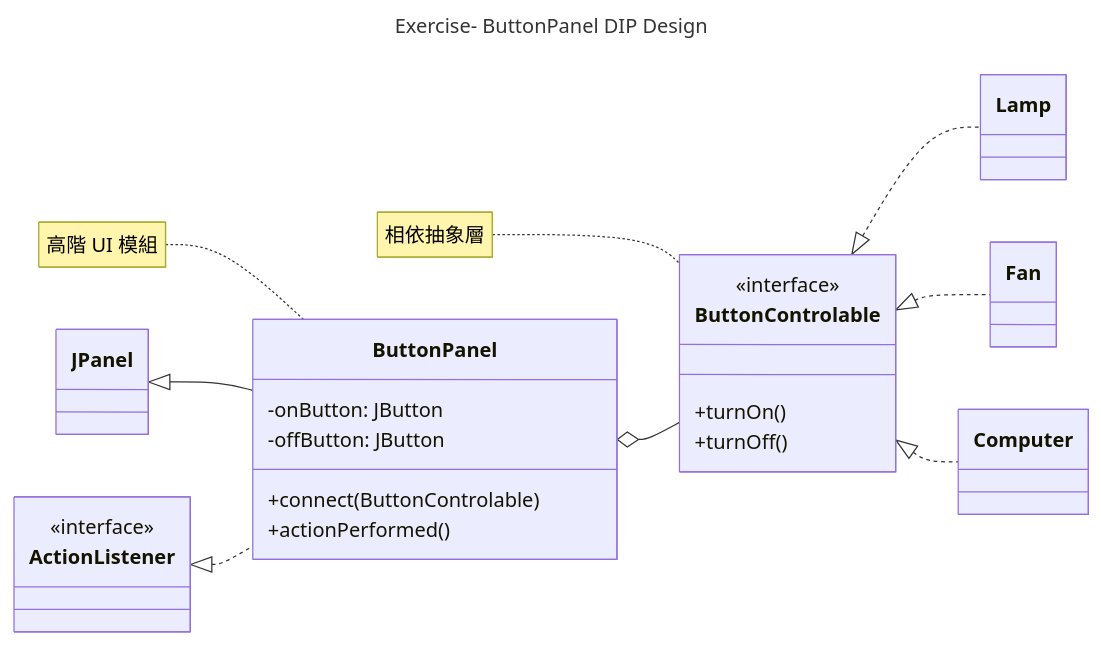
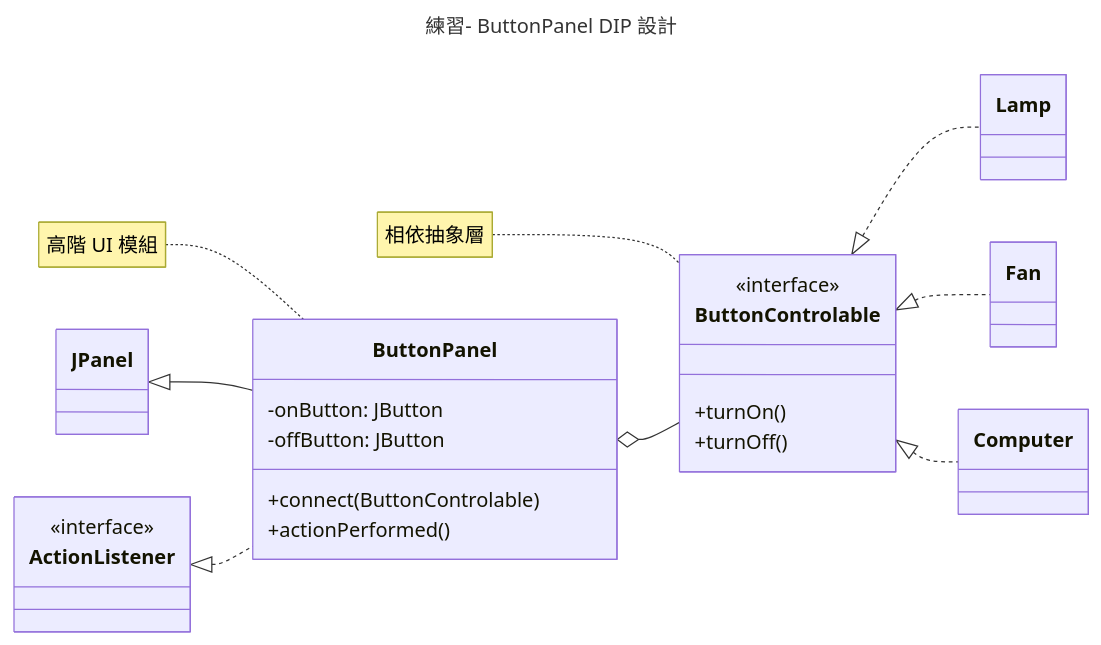
Diagram 17 of 17 in Part3_Principle/ch08_oo.md (nlhsueh/teach_sw_fw), drawn with Mermaid before and after one commit. The commit also changed other lines of this file and 1 other file, not shown here.

Commit message:
style: translate diagram titles and notes to Chinese in ch07 and ch08

````diff
--- a/Part3_Principle/ch08_oo.md
+++ b/Part3_Principle/ch08_oo.md
@@ -1215,37 +1325,37 @@
 ```mermaid
 ---
-title: Exercise- ButtonPanel DIP Design
+title: 練習- ButtonPanel DIP 設計
 ---
 classDiagram
     direction LR
     class JPanel
     class ActionListener {
         <<interface>>
     }
     class ButtonPanel {
         -onButton: JButton
         -offButton: JButton
         +connect(ButtonControlable)
         +actionPerformed()
     }
 
     class ButtonControlable {
         <<interface>>
         +turnOn()
         +turnOff()
     }
 
     class Lamp
     class Fan
     class Computer
 
     JPanel <|-- ButtonPanel
     ActionListener <|.. ButtonPanel
     ButtonPanel o-- ButtonControlable
     ButtonControlable <|.. Lamp
     ButtonControlable <|.. Fan
     ButtonControlable <|.. Computer
 
     note for ButtonPanel "高階 UI 模組"
     note for ButtonControlable "相依抽象層"
 ```
````
